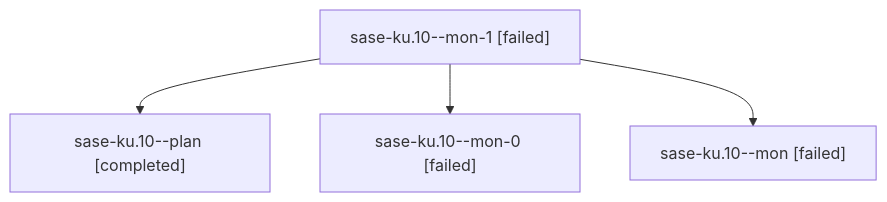
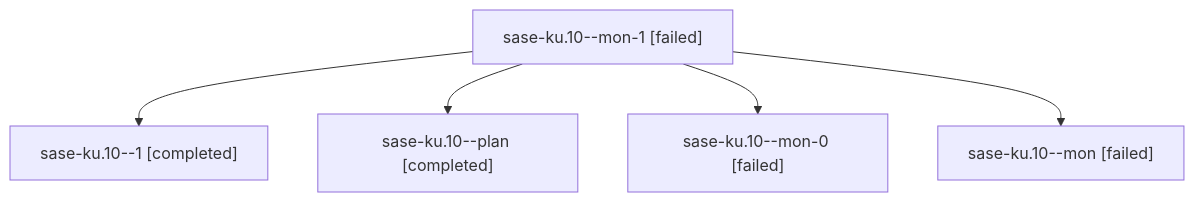
Before and after one commit to sase-org/sase--agents: the diagram in families/bbugyi200.athena.sase-ku.10.md, drawn with Mermaid. The commit also changed other lines of this file and 178 other files, not shown here.

````diff
--- a/families/bbugyi200.athena.sase-ku.10.md
+++ b/families/bbugyi200.athena.sase-ku.10.md
@@ -9,10 +9,12 @@
 ```mermaid
 flowchart TD
   n0["sase-ku.10--mon-1 [failed]"]
-  n1["sase-ku.10--plan [completed]"]
+  n1["sase-ku.10--1 [completed]"]
   n0 --> n1
-  n2["sase-ku.10--mon-0 [failed]"]
+  n2["sase-ku.10--plan [completed]"]
   n0 --> n2
-  n3["sase-ku.10--mon [failed]"]
+  n3["sase-ku.10--mon-0 [failed]"]
   n0 --> n3
+  n4["sase-ku.10--mon [failed]"]
+  n0 --> n4
 ```
````
